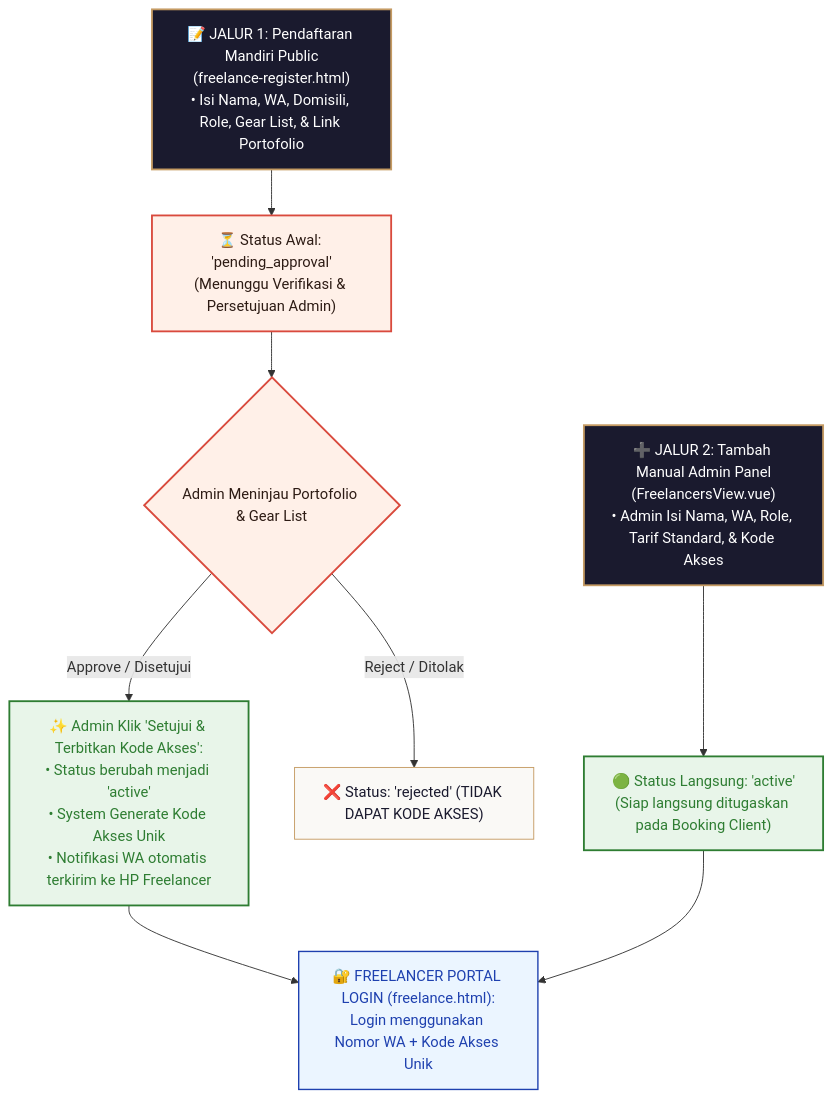
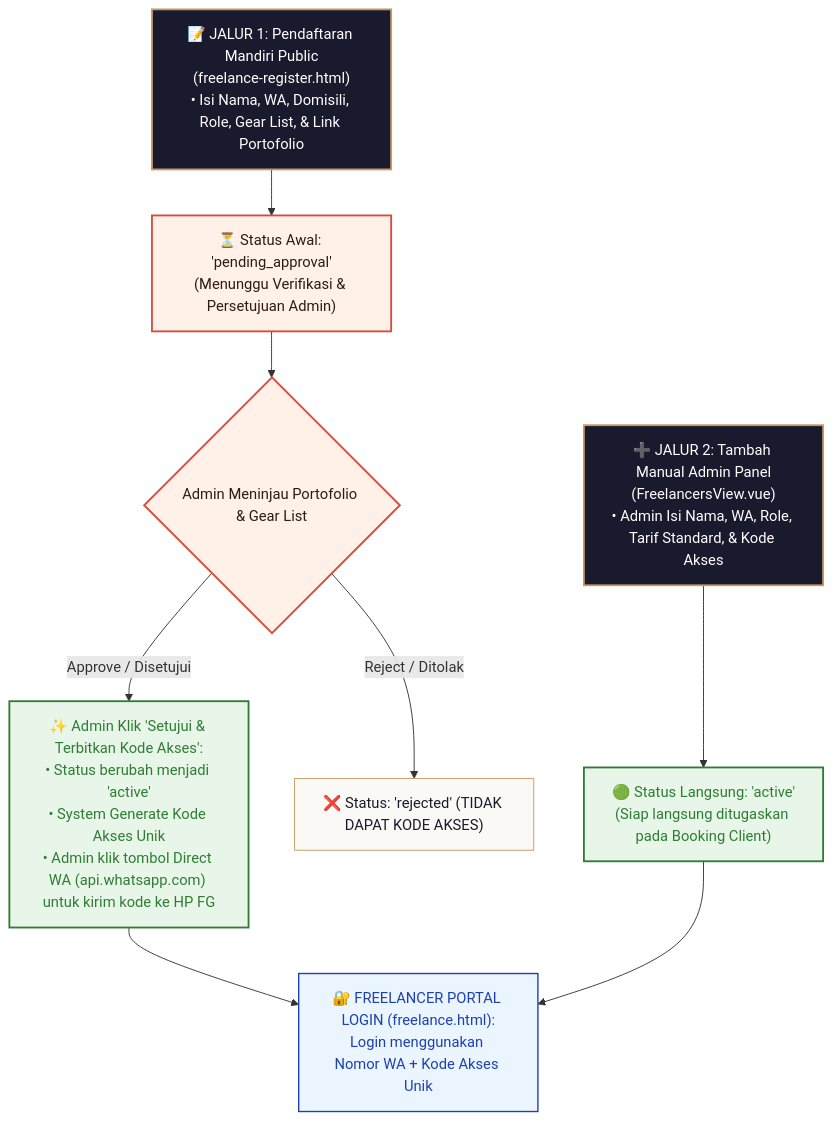
One commit to armansyam/Wisuda changed the diagram in FLOW_SISTEM/ALUR_FREELANCE.md. Above: the diagram before and after it, drawn with Mermaid. The commit also changed other lines of this file and 22 other files, not shown here.

````diff
--- a/FLOW_SISTEM/ALUR_FREELANCE.md
+++ b/FLOW_SISTEM/ALUR_FREELANCE.md
@@ -77,22 +85,22 @@
 ```mermaid
 flowchart TD
     classDef startEnd fill:#1A1A2E,stroke:#C59B63,stroke-width:2px,color:#FFF;
     classDef process fill:#FAF9F6,stroke:#C59B63,stroke-width:1px,color:#1A1A2E;
     classDef decision fill:#FFF0E8,stroke:#D94A3D,stroke-width:2px,color:#2D1B14;
     classDef subStage fill:#EBF5FF,stroke:#1E40AF,stroke-width:1.5px,color:#1E40AF;
     classDef gate fill:#E8F5E9,stroke:#2E7D32,stroke-width:2px,color:#2E7D32;
 
     %% JALUR 1: PENDAFTARAN MANDIRI
     Jalur1["📝 JALUR 1: Pendaftaran Mandiri Public\n(freelance-register.html)\n• Isi Nama, WA, Domisili, Role, Gear List, & Link Portofolio"]:::startEnd --> PendingState["⏳ Status Awal: 'pending_approval'\n(Menunggu Verifikasi & Persetujuan Admin)"]:::decision
 
     PendingState --> AdminReview{"Admin Meninjau Portofolio & Gear List"}:::decision
-    AdminReview -->|Approve / Disetujui| GenerateCode["✨ Admin Klik 'Setujui & Terbitkan Kode Akses':\n• Status berubah menjadi 'active'\n• System Generate Kode Akses Unik\n• Notifikasi WA otomatis terkirim ke HP Freelancer"]:::gate
+    AdminReview -->|Approve / Disetujui| GenerateCode["✨ Admin Klik 'Setujui & Terbitkan Kode Akses':\n• Status berubah menjadi 'active'\n• System Generate Kode Akses Unik\n• Admin klik tombol Direct WA (api.whatsapp.com) untuk kirim kode ke HP FG"]:::gate
     AdminReview -->|Reject / Ditolak| RejectState["❌ Status: 'rejected' (TIDAK DAPAT KODE AKSES)"]:::process
 
     %% JALUR 2: TAMBAH MANUAL ADMIN
     Jalur2["➕ JALUR 2: Tambah Manual Admin Panel\n(FreelancersView.vue)\n• Admin Isi Nama, WA, Role, Tarif Standard, & Kode Akses"]:::startEnd --> DirectActive["🟢 Status Langsung: 'active'\n(Siap langsung ditugaskan pada Booking Client)"]:::gate
 
     %% BOTH PATHS LEAD TO PORTAL LOGIN
     GenerateCode --> PortalLogin["🔐 FREELANCER PORTAL LOGIN (freelance.html):\nLogin menggunakan Nomor WA + Kode Akses Unik"]:::subStage
     DirectActive --> PortalLogin
 ```
````
